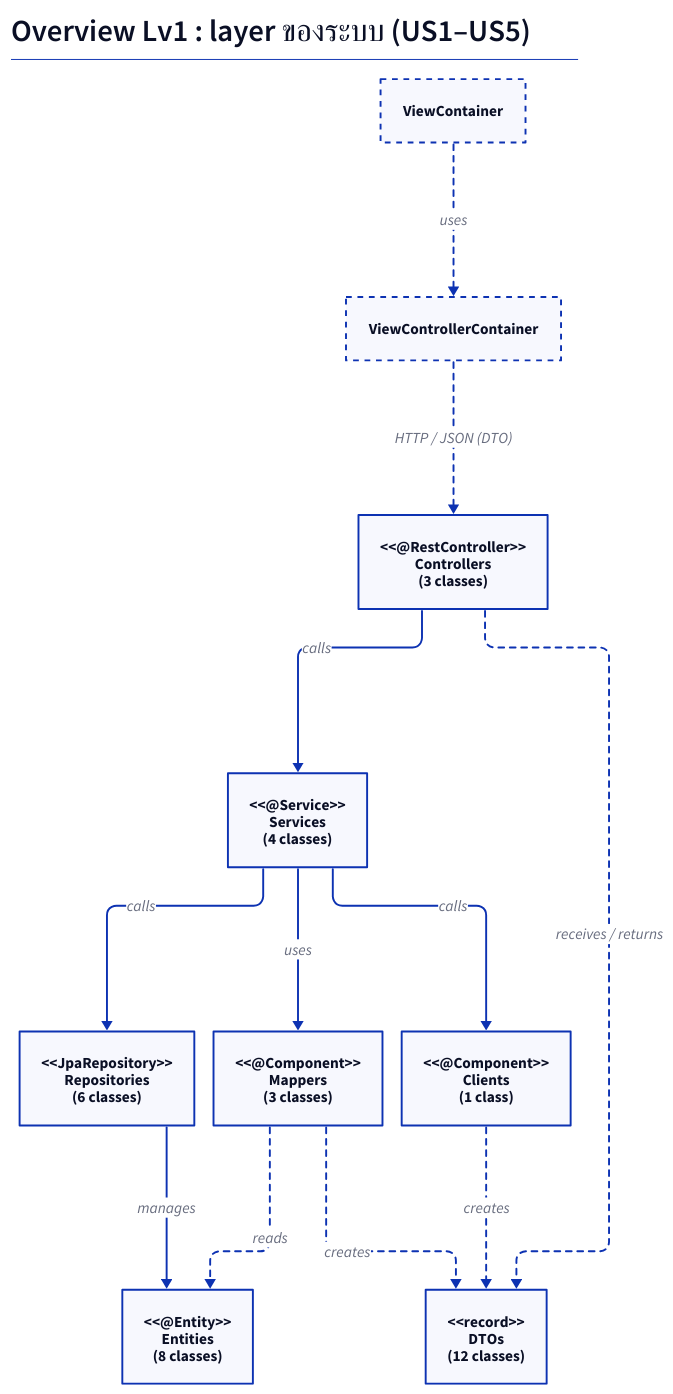
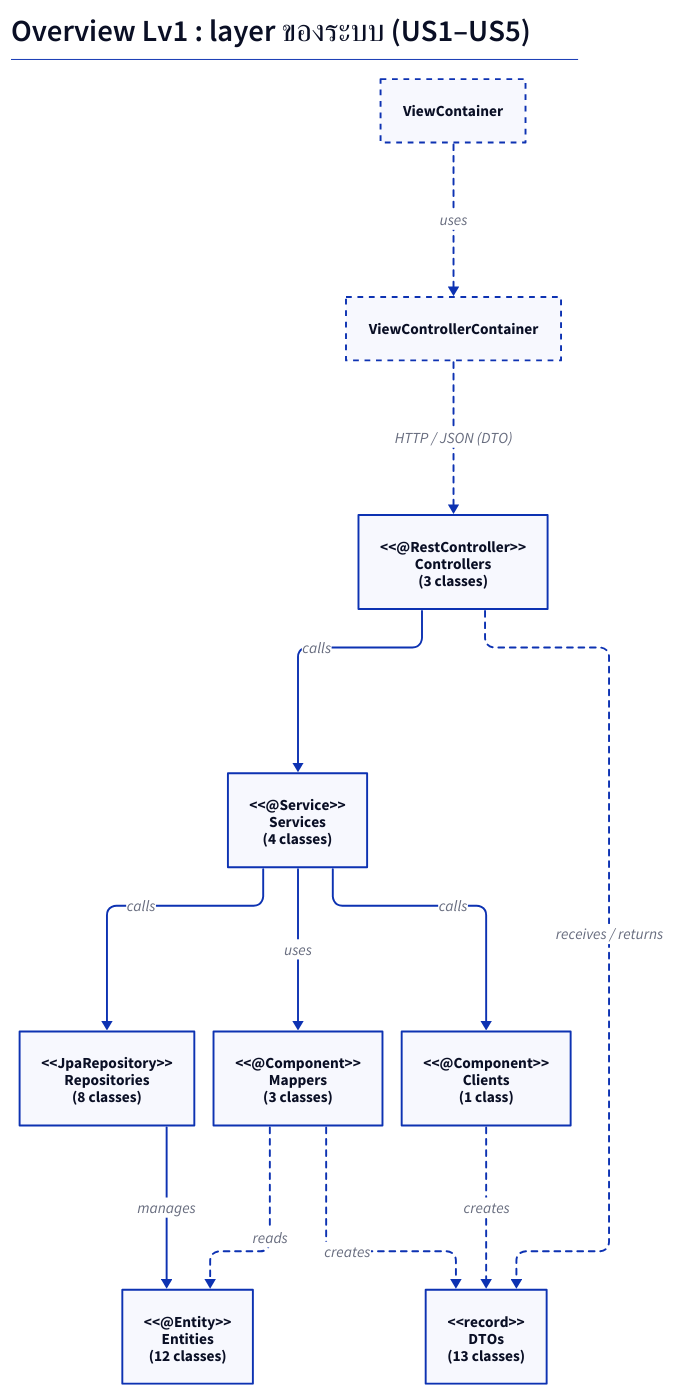
One commit to Saranwich/CS261 changed the diagram in docs/Diagrams/ClassesDiagrams/OverviewLv1.d2. Above: the diagram before and after it, drawn with D2. The commit also changed 31 other files, not shown here.

Commit message:
Update US3 and overview diagrams for topic relations and resources (#54)

```diff
--- a/docs/Diagrams/ClassesDiagrams/OverviewLv1.d2
+++ b/docs/Diagrams/ClassesDiagrams/OverviewLv1.d2
@@ -1,47 +1,47 @@
 vars: {
     d2-config: {
         layout-engine: elk
     }
 }
 
 title: |md
   # Overview Lv1 : layer ของระบบ (US1–US5)
 | {near: top-center}
 
 ViewContainer: "ViewContainer" {
     style.stroke-dash: 3
 }
 ViewControllerContainer: "ViewControllerContainer" {
     style.stroke-dash: 3
 }
 Controllers: "<<@RestController>>\nControllers\n(3 classes)"
 Services: "<<@Service>>\nServices\n(4 classes)"
 Clients: "<<@Component>>\nClients\n(1 class)"
 Mappers: "<<@Component>>\nMappers\n(3 classes)"
-Repositories: "<<JpaRepository>>\nRepositories\n(6 classes)"
-Entities: "<<@Entity>>\nEntities\n(8 classes)"
-DTOs: "<<record>>\nDTOs\n(12 classes)"
+Repositories: "<<JpaRepository>>\nRepositories\n(8 classes)"
+Entities: "<<@Entity>>\nEntities\n(12 classes)"
+DTOs: "<<record>>\nDTOs\n(13 classes)"
 
 ViewContainer -> ViewControllerContainer: uses {
     style.stroke-dash: 3
 }
 ViewControllerContainer -> Controllers: "HTTP / JSON (DTO)" {
     style.stroke-dash: 3
 }
 Controllers -> Services: calls
 Controllers -> DTOs: "receives / returns" {
     style.stroke-dash: 3
 }
 Services -> Repositories: calls
 Services -> Mappers: uses
 Services -> Clients: calls
 Clients -> DTOs: creates {
     style.stroke-dash: 3
 }
 Mappers -> Entities: reads {
     style.stroke-dash: 3
 }
 Mappers -> DTOs: creates {
     style.stroke-dash: 3
 }
 Repositories -> Entities: manages
```
